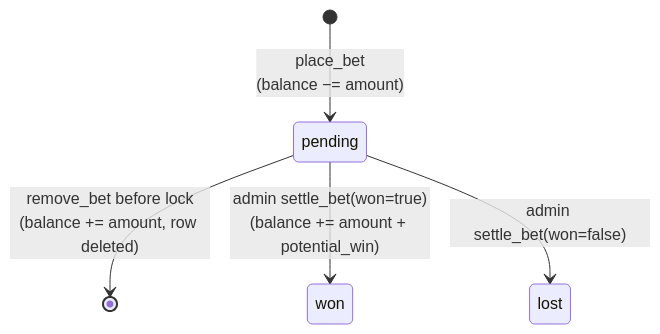
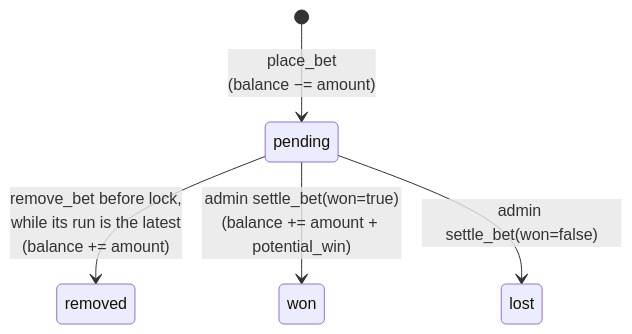
One commit to sfaizi24/TNCasino changed the second of 3 diagrams in docs/architecture/06-betting-lifecycle.md. Above: the diagram before and after it, drawn with Mermaid. The commit also changed other lines of this file and 3 other files, not shown here.

First line of the commit message:
Describe structured bets, market keys and the Futures tab in the architecture docs

````diff
--- a/docs/architecture/06-betting-lifecycle.md
+++ b/docs/architecture/06-betting-lifecycle.md
@@ -25,7 +25,7 @@
 ```mermaid
 stateDiagram-v2
     [*] --> pending: place_bet<br/>(balance −= amount)
-    pending --> [*]: remove_bet before lock<br/>(balance += amount, row deleted)
+    pending --> removed: remove_bet before lock,<br/>while its run is the latest<br/>(balance += amount)
     pending --> won: admin settle_bet(won=true)<br/>(balance += amount + potential_win)
     pending --> lost: admin settle_bet(won=false)
 ```
````
